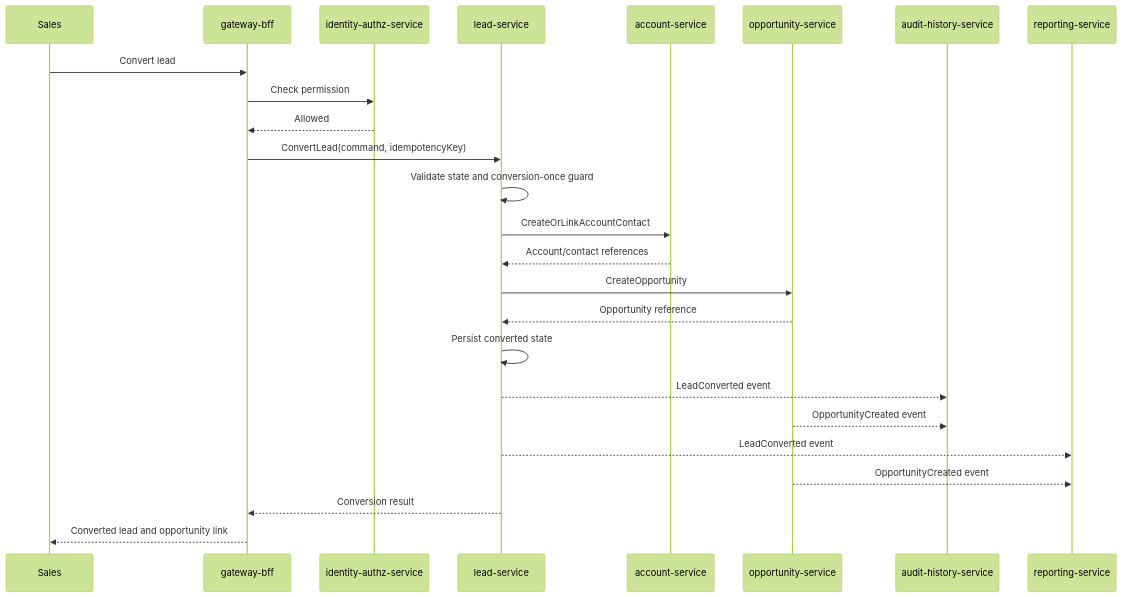
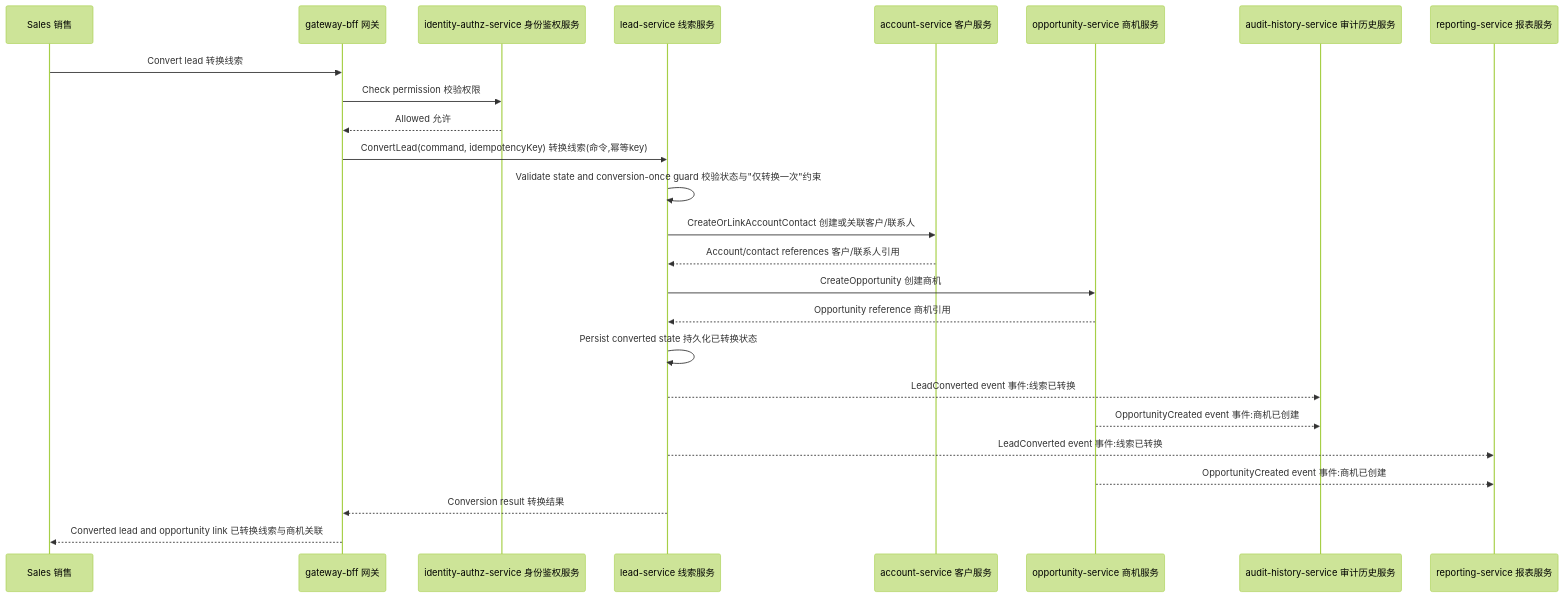
Before and after one commit to Neil996777/crm-system: the first of 4 diagrams in docs/architecture/integration-design.md, drawn with Mermaid (forest theme). The commit also changed other lines of this file and 33 other files, not shown here.

````diff
--- a/docs/architecture/integration-design.md
+++ b/docs/architecture/integration-design.md
@@ -47,28 +47,28 @@
 ```mermaid
 sequenceDiagram
-  participant U as Sales
-  participant G as gateway-bff
-  participant P as identity-authz-service
-  participant L as lead-service
-  participant A as account-service
-  participant O as opportunity-service
-  participant H as audit-history-service
-  participant R as reporting-service
+  participant U as Sales 销售
+  participant G as gateway-bff 网关
+  participant P as identity-authz-service 身份鉴权服务
+  participant L as lead-service 线索服务
+  participant A as account-service 客户服务
+  participant O as opportunity-service 商机服务
+  participant H as audit-history-service 审计历史服务
+  participant R as reporting-service 报表服务
 
-  U->>G: Convert lead
-  G->>P: Check permission
-  P-->>G: Allowed
-  G->>L: ConvertLead(command, idempotencyKey)
-  L->>L: Validate state and conversion-once guard
-  L->>A: CreateOrLinkAccountContact
-  A-->>L: Account/contact references
-  L->>O: CreateOpportunity
-  O-->>L: Opportunity reference
-  L->>L: Persist converted state
-  L-->>H: LeadConverted event
-  O-->>H: OpportunityCreated event
-  L-->>R: LeadConverted event
-  O-->>R: OpportunityCreated event
-  L-->>G: Conversion result
-  G-->>U: Converted lead and opportunity link
+  U->>G: Convert lead 转换线索
+  G->>P: Check permission 校验权限
+  P-->>G: Allowed 允许
+  G->>L: ConvertLead(command, idempotencyKey) 转换线索(命令,幂等key)
+  L->>L: Validate state and conversion-once guard 校验状态与"仅转换一次"约束
+  L->>A: CreateOrLinkAccountContact 创建或关联客户/联系人
+  A-->>L: Account/contact references 客户/联系人引用
+  L->>O: CreateOpportunity 创建商机
+  O-->>L: Opportunity reference 商机引用
+  L->>L: Persist converted state 持久化已转换状态
+  L-->>H: LeadConverted event 事件:线索已转换
+  O-->>H: OpportunityCreated event 事件:商机已创建
+  L-->>R: LeadConverted event 事件:线索已转换
+  O-->>R: OpportunityCreated event 事件:商机已创建
+  L-->>G: Conversion result 转换结果
+  G-->>U: Converted lead and opportunity link 已转换线索与商机关联
 ```
````
